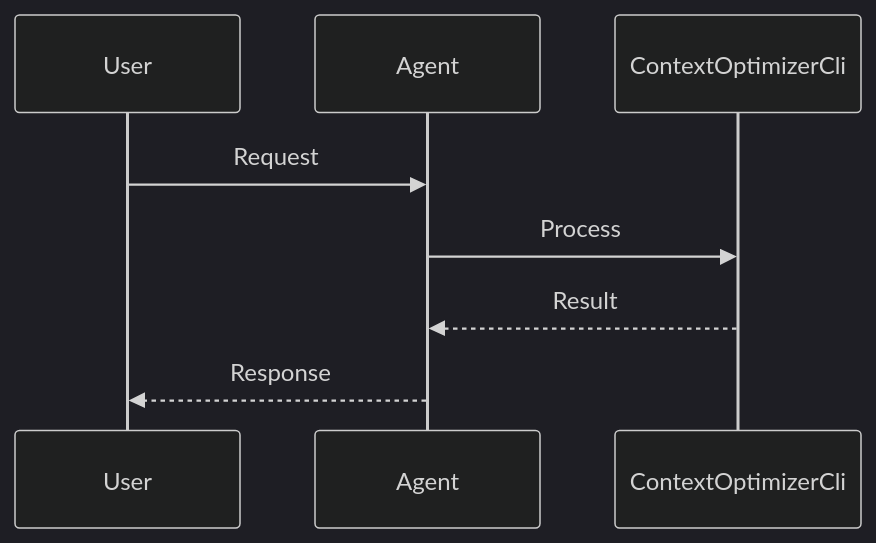
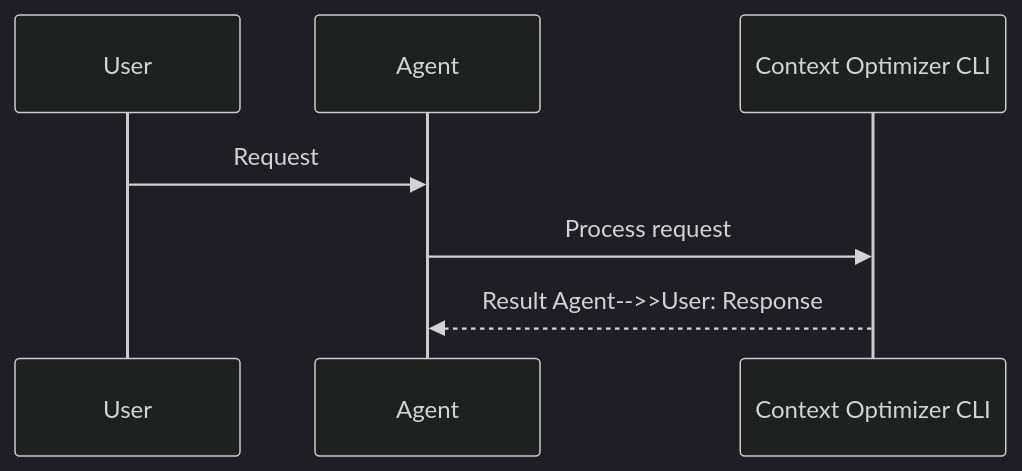
The second of 2 diagrams in docs/features/optimizer-cli.mdx (MervinPraison/PraisonAIDocs), drawn with Mermaid (dark theme) before and after one commit. The commit also changed 204 other files, not shown here.

First line of the commit message:
docs: align feature/tool pages with AGENTS.md hero + sequence + import standards (fixes #1775)

````diff
--- a/docs/features/optimizer-cli.mdx
+++ b/docs/features/optimizer-cli.mdx
@@ -39,11 +39,10 @@
 ```mermaid
 sequenceDiagram
     participant User
     participant Agent
-    participant ContextOptimizerCli
+    participant Feature as Context Optimizer CLI
 
     User->>Agent: Request
-    Agent->>ContextOptimizerCli: Process
-    ContextOptimizerCli-->>Agent: Result
-    Agent-->>User: Response
+    Agent->>Feature: Process request
+    Feature-->>Agent: Result    Agent-->>User: Response
 ```
````
